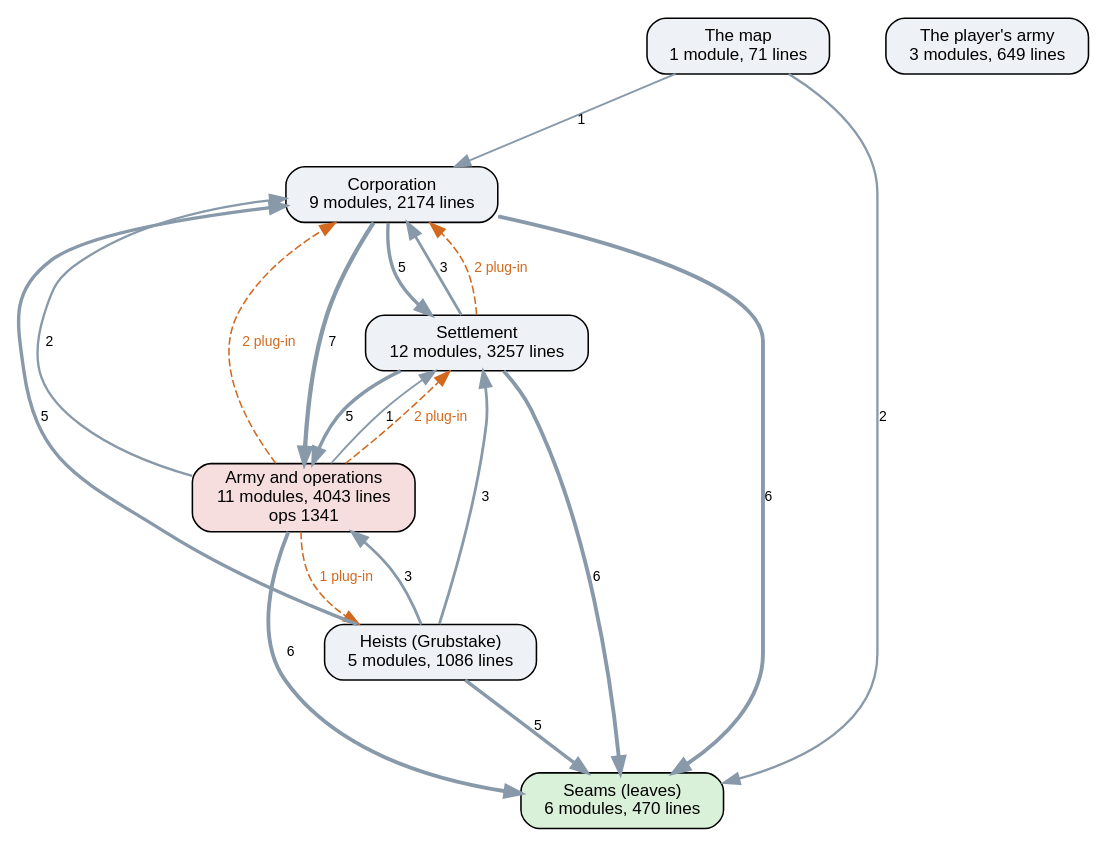
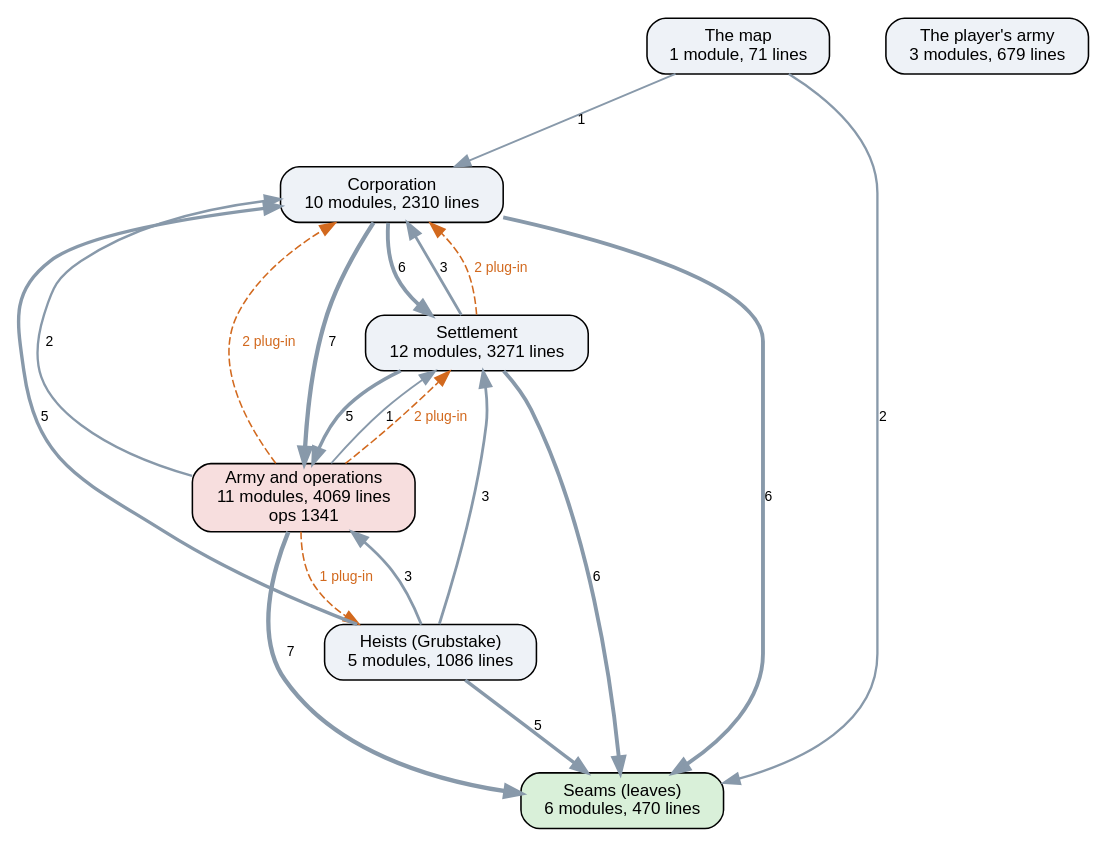
Before and after one commit to kinelhu/landing-party: the diagram in docs/ai-layers.dot, drawn with Graphviz. The commit also changed 26 other files, not shown here.

```diff
--- a/docs/ai-layers.dot
+++ b/docs/ai-layers.dot
@@ -1,31 +1,31 @@
 digraph layers {
   graph [rankdir=TB, fontname="Helvetica", nodesep=0.5, ranksep=0.7];
   node [shape=box, style="rounded,filled", fontname="Helvetica", fontsize=11, fillcolor="#eef2f7"];
   edge [color="#8899aa", fontname="Helvetica", fontsize=9];
   "Seams (leaves)" [label="Seams (leaves)\n6 modules, 470 lines", fillcolor="#d9f0d9"];
-  "Corporation" [label="Corporation\n9 modules, 2174 lines", fillcolor="#eef2f7"];
-  "Settlement" [label="Settlement\n12 modules, 3257 lines", fillcolor="#eef2f7"];
-  "Army and operations" [label="Army and operations\n11 modules, 4043 lines\nops 1341", fillcolor="#f7dede"];
+  "Corporation" [label="Corporation\n10 modules, 2310 lines", fillcolor="#eef2f7"];
+  "Settlement" [label="Settlement\n12 modules, 3271 lines", fillcolor="#eef2f7"];
+  "Army and operations" [label="Army and operations\n11 modules, 4069 lines\nops 1341", fillcolor="#f7dede"];
   "Heists (Grubstake)" [label="Heists (Grubstake)\n5 modules, 1086 lines", fillcolor="#eef2f7"];
   "The map" [label="The map\n1 module, 71 lines", fillcolor="#eef2f7"];
-  "The player's army" [label="The player's army\n3 modules, 649 lines", fillcolor="#eef2f7"];
+  "The player's army" [label="The player's army\n3 modules, 679 lines", fillcolor="#eef2f7"];
   "Army and operations" -> "Corporation" [label="2", penwidth=1.5];
-  "Army and operations" -> "Seams (leaves)" [label="6", penwidth=2.5];
+  "Army and operations" -> "Seams (leaves)" [label="7", penwidth=2.8];
   "Army and operations" -> "Settlement" [label="1", penwidth=1.2];
   "Corporation" -> "Army and operations" [label="7", penwidth=2.8];
   "Corporation" -> "Seams (leaves)" [label="6", penwidth=2.5];
-  "Corporation" -> "Settlement" [label="5", penwidth=2.2];
+  "Corporation" -> "Settlement" [label="6", penwidth=2.5];
   "Heists (Grubstake)" -> "Army and operations" [label="3", penwidth=1.8];
   "Heists (Grubstake)" -> "Corporation" [label="5", penwidth=2.2];
   "Heists (Grubstake)" -> "Seams (leaves)" [label="5", penwidth=2.2];
   "Heists (Grubstake)" -> "Settlement" [label="3", penwidth=1.8];
   "Settlement" -> "Army and operations" [label="5", penwidth=2.2];
   "Settlement" -> "Corporation" [label="3", penwidth=1.8];
   "Settlement" -> "Seams (leaves)" [label="6", penwidth=2.5];
   "The map" -> "Corporation" [label="1", penwidth=1.2];
   "The map" -> "Seams (leaves)" [label="2", penwidth=1.5];
   "Army and operations" -> "Corporation" [style=dashed, color="#d2691e", fontcolor="#d2691e", label="2 plug-in"];
   "Army and operations" -> "Heists (Grubstake)" [style=dashed, color="#d2691e", fontcolor="#d2691e", label="1 plug-in"];
   "Army and operations" -> "Settlement" [style=dashed, color="#d2691e", fontcolor="#d2691e", label="2 plug-in"];
   "Settlement" -> "Corporation" [style=dashed, color="#d2691e", fontcolor="#d2691e", label="2 plug-in"];
 }
```
